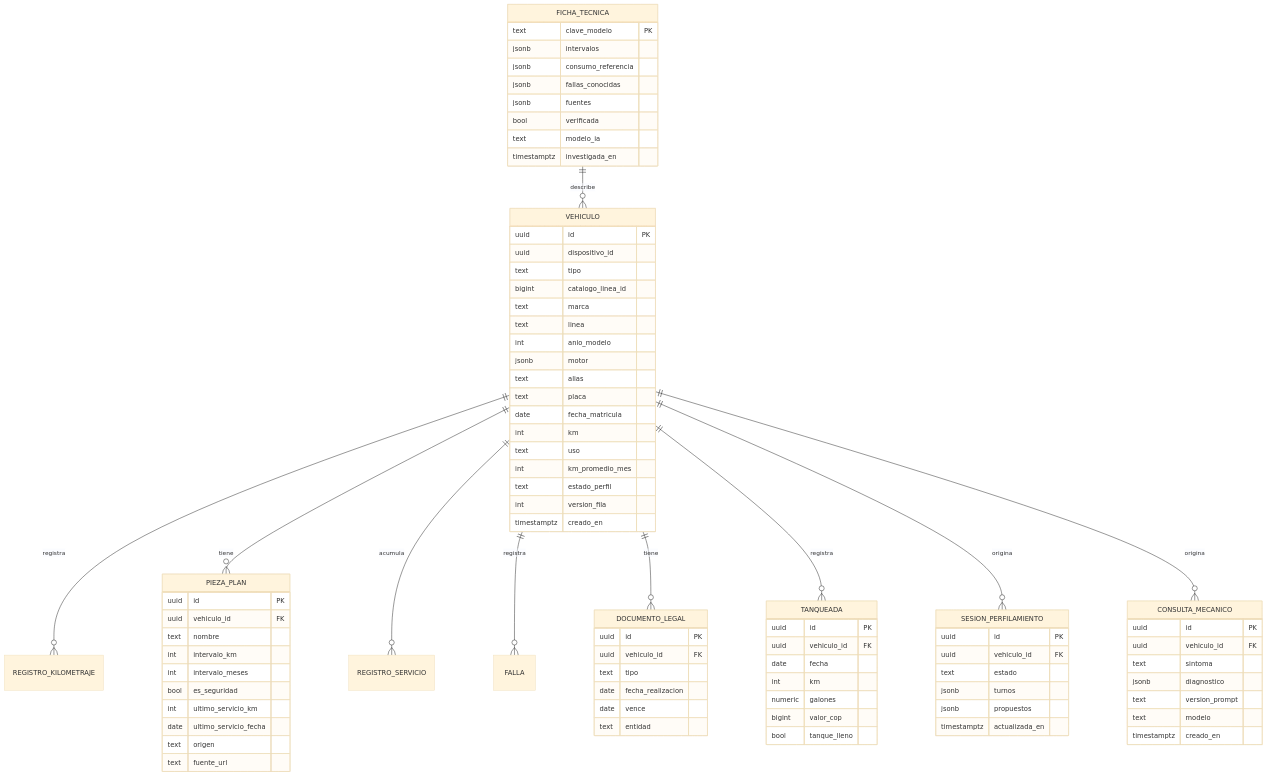
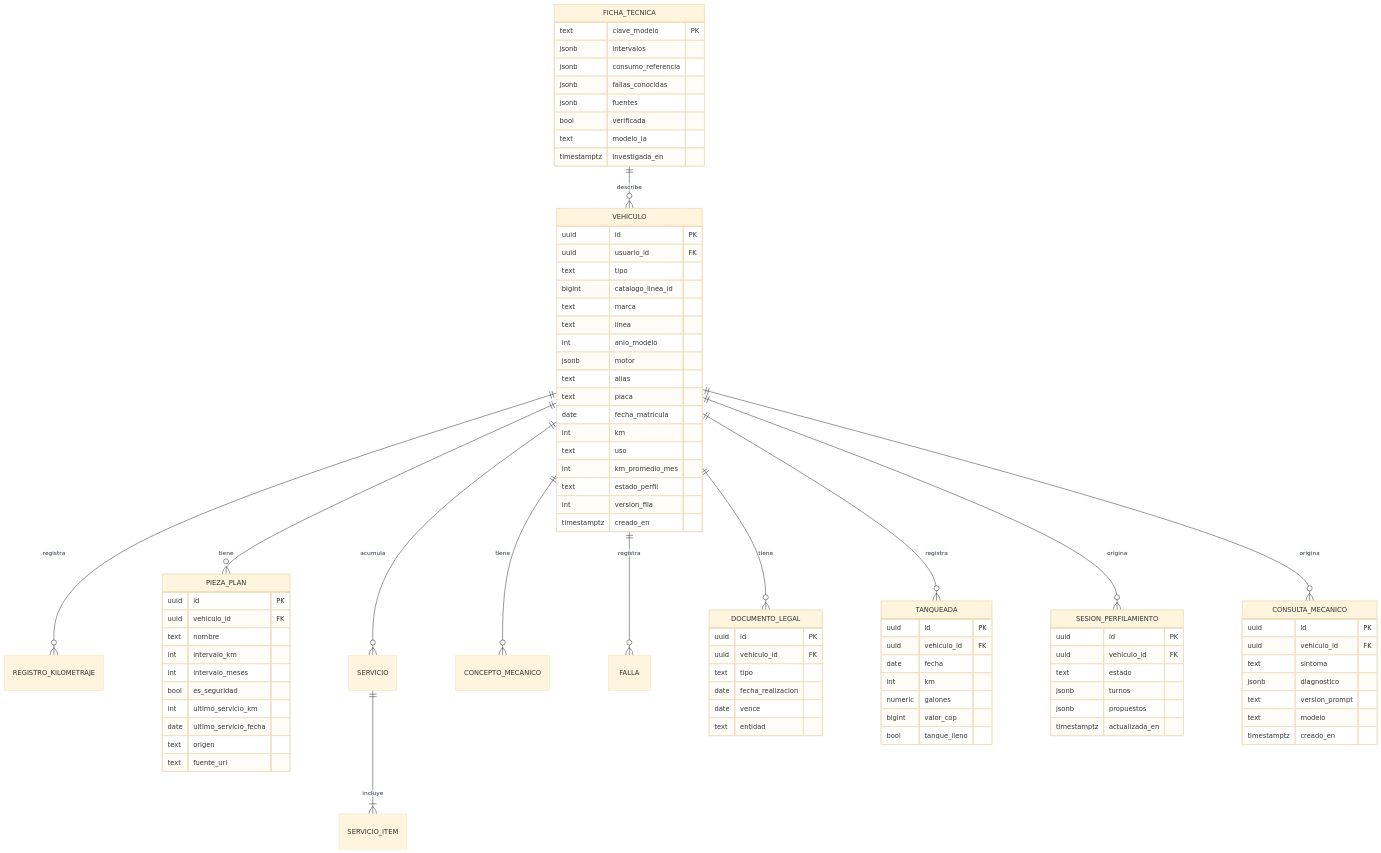
The second of 2 diagrams in plugins/weveh-dev/skills/dominio-vehiculo/references/modelo-dominio.md (PaLuRoBu0809/WEVEH-CAR-ASSISTANT), drawn with Mermaid (base theme) before and after one commit. The commit also changed other lines of this file and 9 other files, not shown here.

```diff
--- a/plugins/weveh-dev/skills/dominio-vehiculo/references/modelo-dominio.md
+++ b/plugins/weveh-dev/skills/dominio-vehiculo/references/modelo-dominio.md
@@ -146,7 +190,9 @@
 erDiagram
   VEHICULO ||--o{ REGISTRO_KILOMETRAJE : registra
   VEHICULO ||--o{ PIEZA_PLAN : tiene
-  VEHICULO ||--o{ REGISTRO_SERVICIO : acumula
+  VEHICULO ||--o{ SERVICIO : acumula
+  SERVICIO ||--|{ SERVICIO_ITEM : incluye
+  VEHICULO ||--o{ CONCEPTO_MECANICO : tiene
   VEHICULO ||--o{ FALLA : registra
   VEHICULO ||--o{ DOCUMENTO_LEGAL : tiene
   VEHICULO ||--o{ TANQUEADA : registra
@@ -155,7 +201,7 @@
   FICHA_TECNICA ||--o{ VEHICULO : describe
   VEHICULO {
     uuid id PK
-    uuid dispositivo_id
+    uuid usuario_id FK
     text tipo
     bigint catalogo_linea_id
     text marca
```
